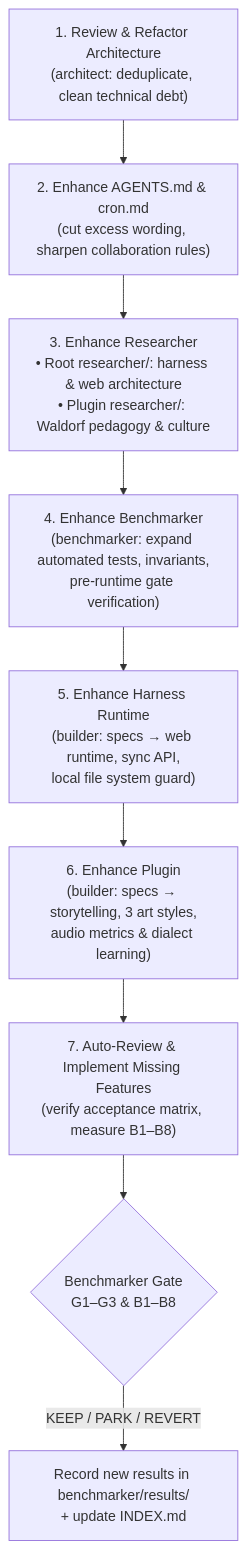
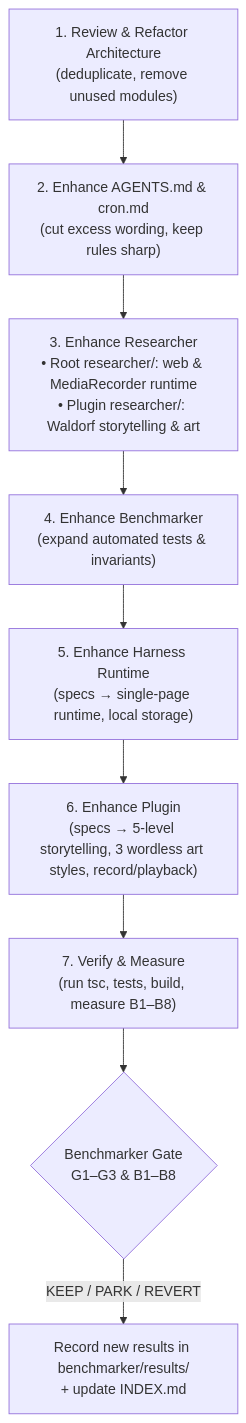
Before and after one commit to minhxuvi/ViWaldorf-harness: the diagram in cron.md, drawn with Mermaid. The commit also changed other lines of this file and 49 other files, not shown here.

Commit message:
refactor: streamline to pure 5-level storytelling practice studio (Cycle 08)

````diff
--- a/cron.md
+++ b/cron.md
@@ -23,11 +23,11 @@
 ```mermaid
 flowchart TD
-    S1["1. Review & Refactor Architecture<br/>(architect: deduplicate, clean technical debt)"] --> S2["2. Enhance AGENTS.md & cron.md<br/>(cut excess wording, sharpen collaboration rules)"]
-    S2 --> S3["3. Enhance Researcher<br/>• Root researcher/: harness & web architecture<br/>• Plugin researcher/: Waldorf pedagogy & culture"]
-    S3 --> S4["4. Enhance Benchmarker<br/>(benchmarker: expand automated tests, invariants,<br/>pre-runtime gate verification)"]
-    S4 --> S5["5. Enhance Harness Runtime<br/>(builder: specs → web runtime, sync API,<br/>local file system guard)"]
-    S5 --> S6["6. Enhance Plugin<br/>(builder: specs → storytelling, 3 art styles,<br/>audio metrics & dialect learning)"]
-    S6 --> S7["7. Auto-Review & Implement Missing Features<br/>(verify acceptance matrix, measure B1–B8)"]
+    S1["1. Review & Refactor Architecture<br/>(deduplicate, remove unused modules)"] --> S2["2. Enhance AGENTS.md & cron.md<br/>(cut excess wording, keep rules sharp)"]
+    S2 --> S3["3. Enhance Researcher<br/>• Root researcher/: web & MediaRecorder runtime<br/>• Plugin researcher/: Waldorf storytelling & art"]
+    S3 --> S4["4. Enhance Benchmarker<br/>(expand automated tests & invariants)"]
+    S4 --> S5["5. Enhance Harness Runtime<br/>(specs → single-page runtime, local storage)"]
+    S5 --> S6["6. Enhance Plugin<br/>(specs → 5-level storytelling, 3 wordless art styles, record/playback)"]
+    S6 --> S7["7. Verify & Measure<br/>(run tsc, tests, build, measure B1–B8)"]
     S7 --> GATE{"Benchmarker Gate<br/>G1–G3 & B1–B8"}
     GATE -->|"KEEP / PARK / REVERT"| RECORD["Record new results in benchmarker/results/<br/>+ update INDEX.md"]
 ```
````
